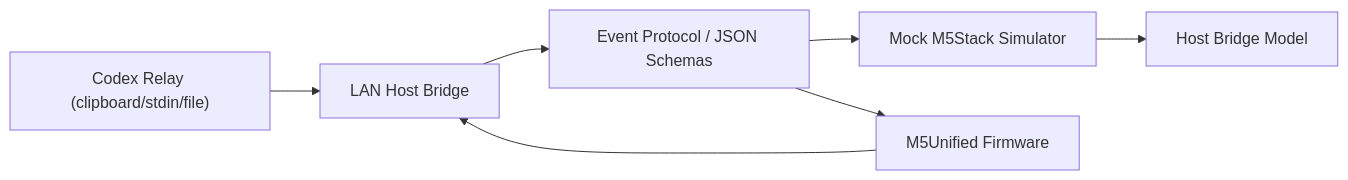
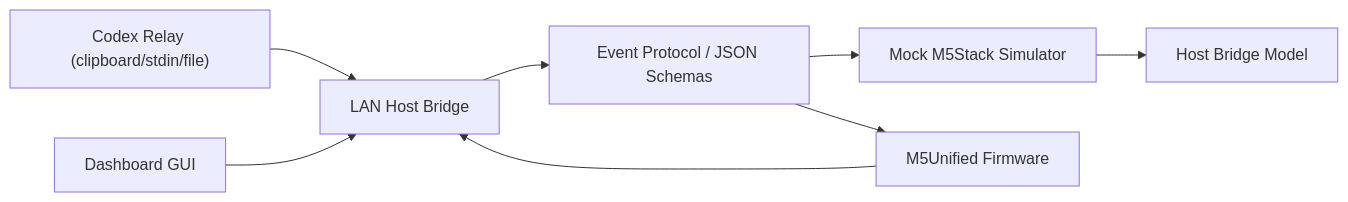
The diagram in docs/architecture.md (Sunmax0731/m5stack-codex-pet-notifier), drawn with Mermaid before and after one commit. The commit also changed other lines of this file and 33 other files, not shown here.

Commit message:
Add dashboard GUI and pet animation workflow

````diff
--- a/docs/architecture.md
+++ b/docs/architecture.md
@@ -3,9 +3,10 @@
 ```mermaid
 flowchart LR
   Codex["Codex Relay (clipboard/stdin/file)"] --> Bridge["LAN Host Bridge"]
+  Dashboard["Dashboard GUI"] --> Bridge
   Bridge --> Protocol["Event Protocol / JSON Schemas"]
   Protocol --> Simulator["Mock M5Stack Simulator"]
   Protocol --> Firmware["M5Unified Firmware"]
   Simulator --> Model["Host Bridge Model"]
   Firmware --> Bridge
 ```
````
